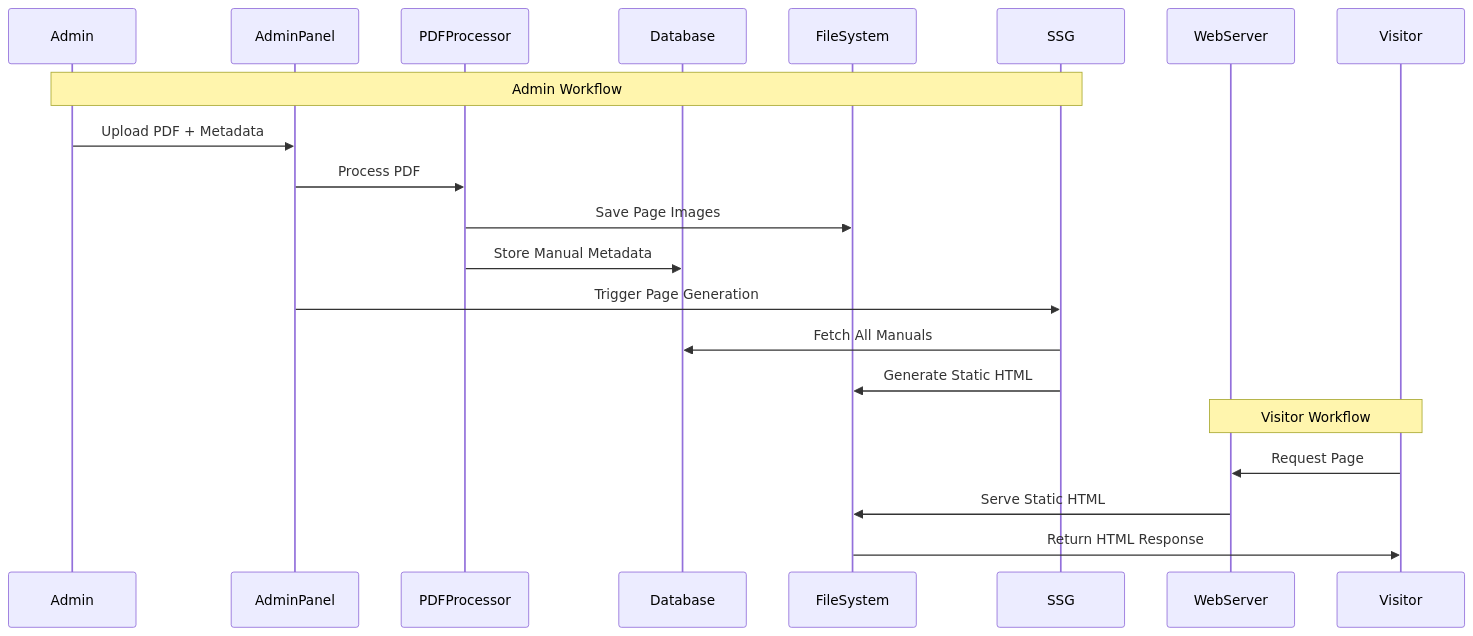
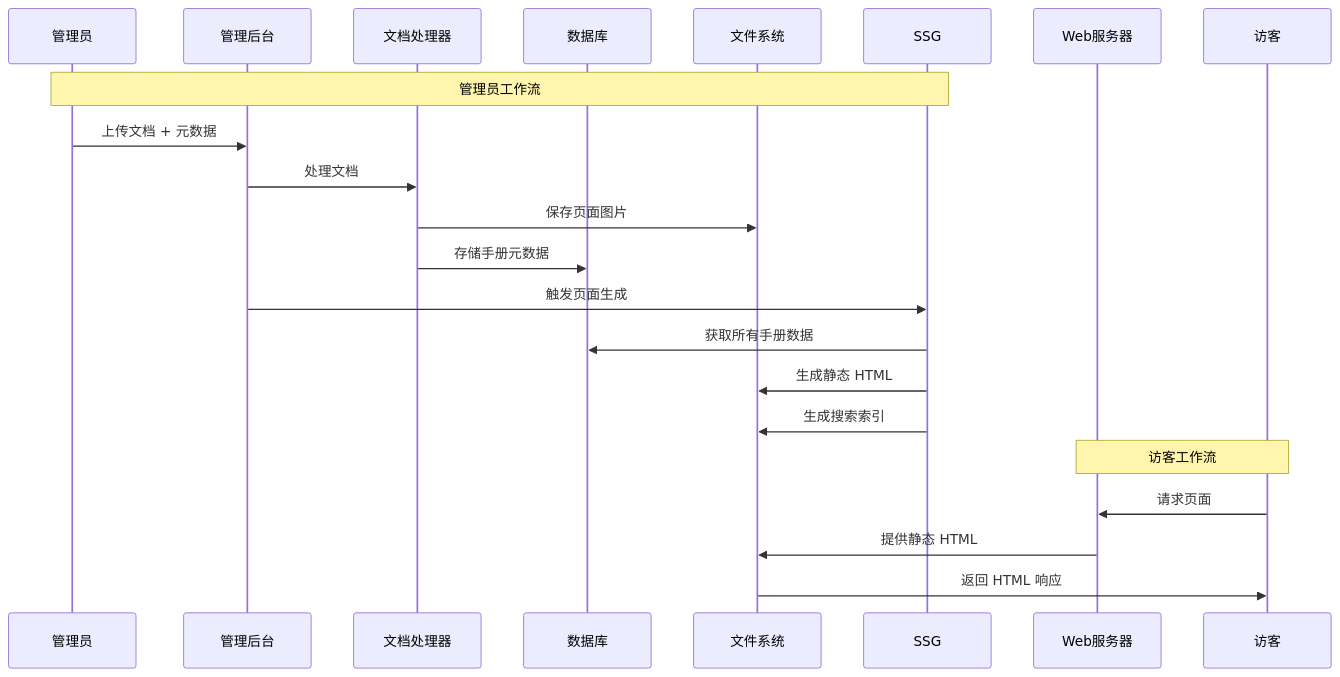
One commit to mp744449986/wendang changed the second of 3 diagrams in .monkeycode/specs/online-manual-viewer/design.md. Above: the diagram before and after it, drawn with Mermaid. The commit also changed other lines of this file, not shown here.

````diff
--- a/.monkeycode/specs/online-manual-viewer/design.md
+++ b/.monkeycode/specs/online-manual-viewer/design.md
@@ -55,25 +60,26 @@
 ```mermaid
 sequenceDiagram
-    participant Admin
-    participant AdminPanel
-    participant PDFProcessor
-    participant Database
-    participant FileSystem
+    participant 管理员
+    participant 管理后台
+    participant 文档处理器
+    participant 数据库
+    participant 文件系统
     participant SSG
-    participant WebServer
-    participant Visitor
+    participant Web服务器
+    participant 访客
 
-    Note over Admin,SSG: Admin Workflow
-    Admin->>AdminPanel: Upload PDF + Metadata
-    AdminPanel->>PDFProcessor: Process PDF
-    PDFProcessor->>FileSystem: Save Page Images
-    PDFProcessor->>Database: Store Manual Metadata
-    AdminPanel->>SSG: Trigger Page Generation
-    SSG->>Database: Fetch All Manuals
-    SSG->>FileSystem: Generate Static HTML
+    Note over 管理员,SSG: 管理员工作流
+    管理员->>管理后台: 上传文档 + 元数据
+    管理后台->>文档处理器: 处理文档
+    文档处理器->>文件系统: 保存页面图片
+    文档处理器->>数据库: 存储手册元数据
+    管理后台->>SSG: 触发页面生成
+    SSG->>数据库: 获取所有手册数据
+    SSG->>文件系统: 生成静态 HTML
+    SSG->>文件系统: 生成搜索索引
 
-    Note over WebServer,Visitor: Visitor Workflow
-    Visitor->>WebServer: Request Page
-    WebServer->>FileSystem: Serve Static HTML
-    FileSystem->>Visitor: Return HTML Response
+    Note over Web服务器,访客: 访客工作流
+    访客->>Web服务器: 请求页面
+    Web服务器->>文件系统: 提供静态 HTML
+    文件系统->>访客: 返回 HTML 响应
 ```
````
